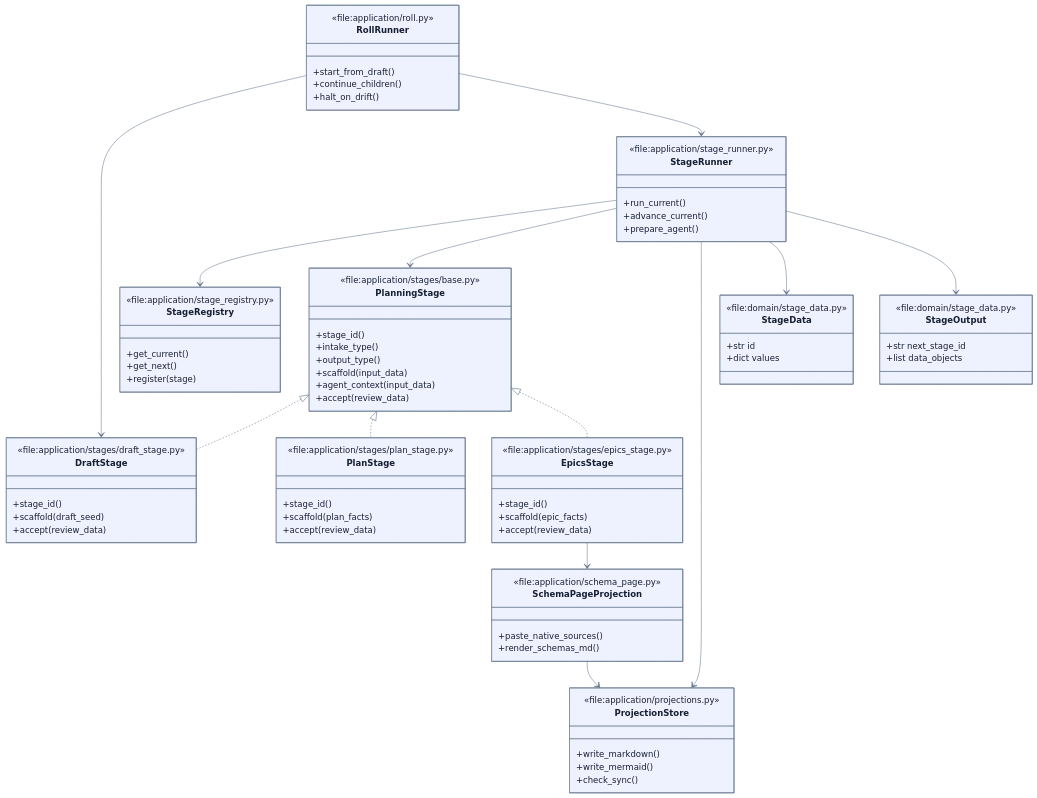
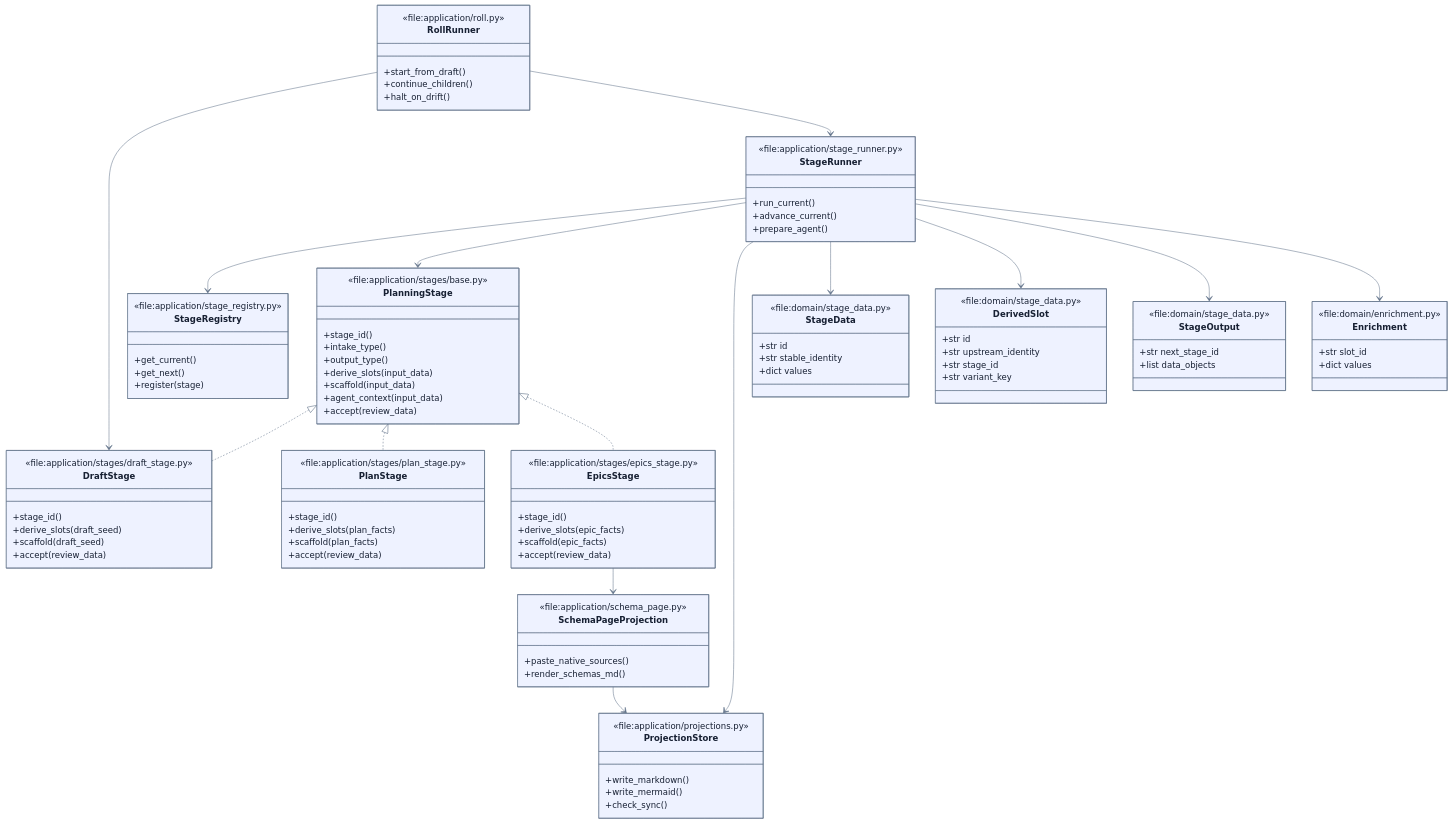
One commit to 9orky/enclosure changed the second of 3 diagrams in .enclosure/plans/planning-workflow/epics/projected-documents/SCHEMAS.md. Above: the diagram before and after it, drawn with Mermaid. The commit also changed other lines of this file and 10 other files, not shown here.

```diff
--- a/.enclosure/plans/planning-workflow/epics/projected-documents/SCHEMAS.md
+++ b/.enclosure/plans/planning-workflow/epics/projected-documents/SCHEMAS.md
@@ -123,6 +130,7 @@
       +stage_id()
       +intake_type()
       +output_type()
+      +derive_slots(input_data)
       +scaffold(input_data)
       +agent_context(input_data)
       +accept(review_data)
@@ -131,6 +139,7 @@
     class DraftStage {
       <<file:application/stages/draft_stage.py>>
       +stage_id()
+      +derive_slots(draft_seed)
       +scaffold(draft_seed)
       +accept(review_data)
     }
@@ -138,6 +147,7 @@
     class PlanStage {
       <<file:application/stages/plan_stage.py>>
       +stage_id()
+      +derive_slots(plan_facts)
       +scaffold(plan_facts)
       +accept(review_data)
     }
@@ -145,6 +155,7 @@
     class EpicsStage {
       <<file:application/stages/epics_stage.py>>
       +stage_id()
+      +derive_slots(epic_facts)
       +scaffold(epic_facts)
       +accept(review_data)
     }
@@ -186,13 +197,28 @@
     class StageData {
       <<file:domain/stage_data.py>>
       +str id
+      +str stable_identity
       +dict values
+    }
+
+    class DerivedSlot {
+      <<file:domain/stage_data.py>>
+      +str id
+      +str upstream_identity
+      +str stage_id
+      +str variant_key
     }
 
     class StageOutput {
       <<file:domain/stage_data.py>>
       +str next_stage_id
       +list data_objects
+    }
+
+    class Enrichment {
+      <<file:domain/enrichment.py>>
+      +str slot_id
+      +dict values
     }
 
     PlanningStage <|.. DraftStage
@@ -203,7 +229,9 @@
     StageRunner --> PlanningStage
     StageRunner --> ProjectionStore
     StageRunner --> StageData
+    StageRunner --> DerivedSlot
     StageRunner --> StageOutput
+    StageRunner --> Enrichment
     RollRunner --> DraftStage
     RollRunner --> StageRunner
     SchemaPageProjection --> ProjectionStore
```
